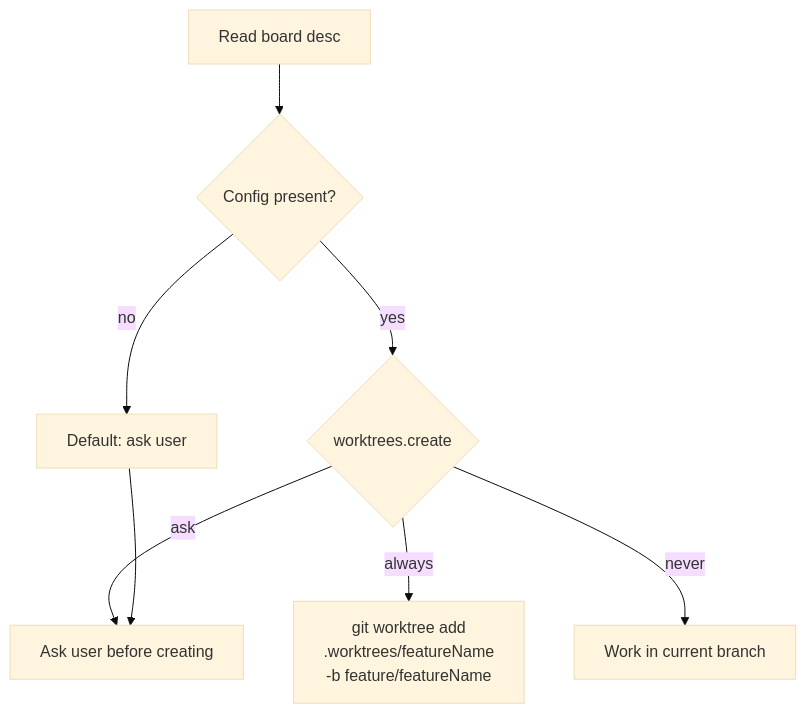
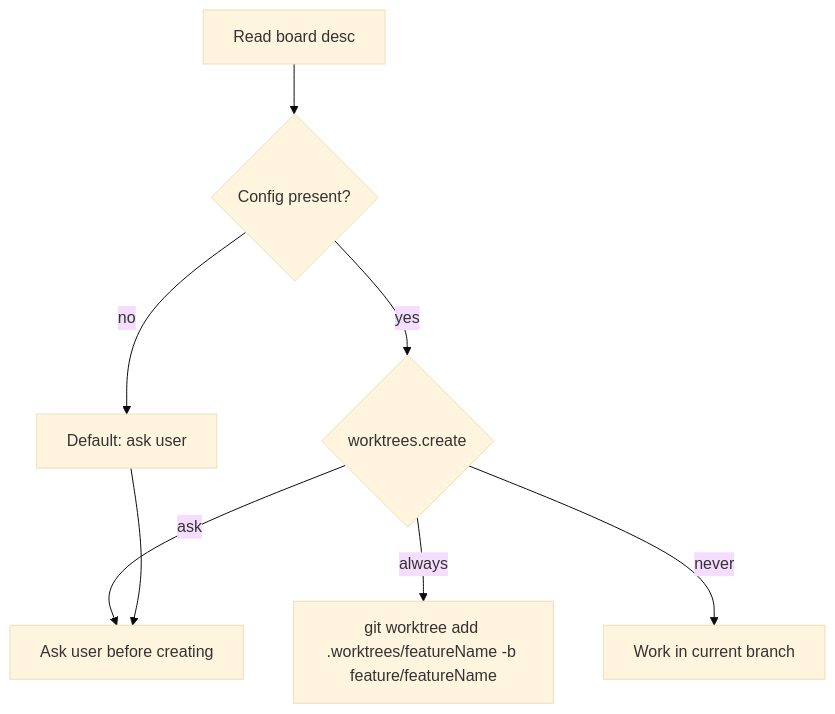
One commit to jvieirar/mcp-server-trello changed the second of 3 diagrams in README.md. Above: the diagram before and after it, drawn with Mermaid (base theme). The commit also changed other lines of this file and 1 other file, not shown here.

````diff
--- a/README.md
+++ b/README.md
@@ -186,10 +196,10 @@
 ```mermaid
 flowchart TD
     A[Read board desc] --> B{Config present?}
     B -- no --> C[Default: ask user]
     B -- yes --> D{worktrees.create}
-    D -- always --> E[git worktree add\n.worktrees/featureName\n-b feature/featureName]
+    D -- always --> E[git worktree add .worktrees/featureName -b feature/featureName]
     D -- ask --> F[Ask user before creating]
     D -- never --> G[Work in current branch]
     C --> F
 ```
````
